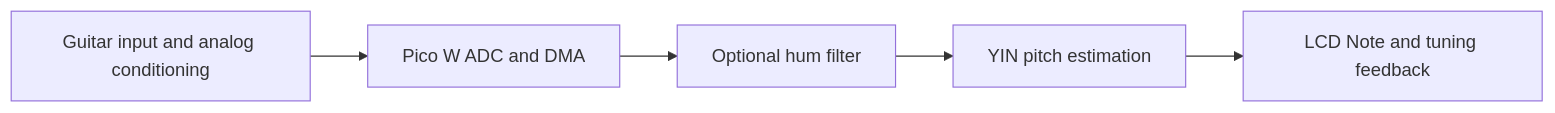
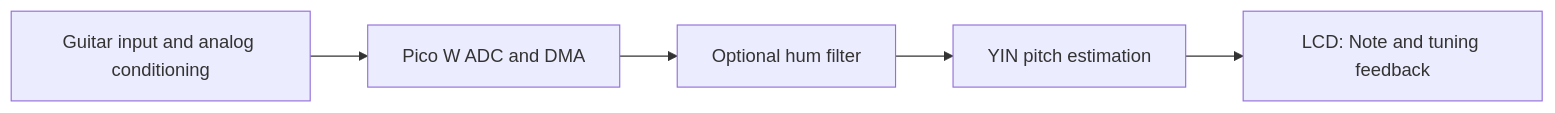
Before and after one commit to mbovero/Guitar_Tuner_Pedal: the diagram in README.md, drawn with Mermaid.

Commit message:
Fixed flowchart text

````diff
--- a/README.md
+++ b/README.md
@@ -29,7 +29,7 @@
 ```mermaid
 flowchart LR
     A["Guitar input and analog conditioning"] --> B["Pico W ADC and DMA"]
     B --> C["Optional hum filter"]
     C --> D["YIN pitch estimation"]
-    D --> E["LCD Note and tuning feedback"]
+    D --> E["LCD: Note and tuning feedback"]
 ```
````
